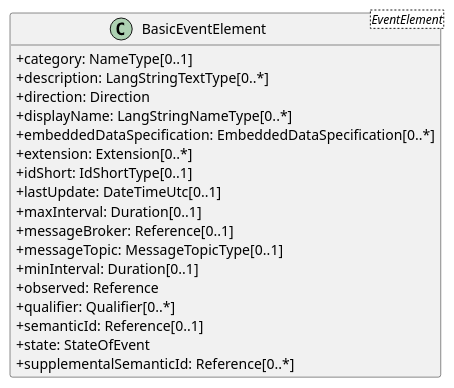
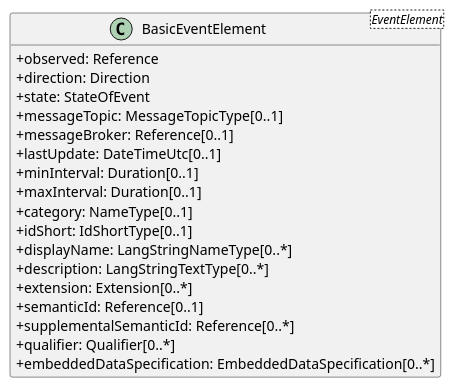
Before and after one commit to zrgt/py2puml: the diagram in output/classes/BasicEventElement.puml, drawn with PlantUML. The commit also changed other lines of this file and 68 other files, not shown here.

```diff
--- a/output/classes/BasicEventElement.puml
+++ b/output/classes/BasicEventElement.puml
@@ -1,24 +1,24 @@
 @startuml
 skinparam classAttributeIconSize 0
 hide methods
 
 class BasicEventElement<EventElement> {
+  +observed: Reference 
+  +direction: Direction 
+  +state: StateOfEvent 
+  +messageTopic: MessageTopicType[0..1] 
+  +messageBroker: Reference[0..1] 
+  +lastUpdate: DateTimeUtc[0..1] 
+  +minInterval: Duration[0..1] 
+  +maxInterval: Duration[0..1] 
   +category: NameType[0..1] 
+  +idShort: IdShortType[0..1] 
+  +displayName: LangStringNameType[0..*] 
   +description: LangStringTextType[0..*] 
-  +direction: Direction 
-  +displayName: LangStringNameType[0..*] 
+  +extension: Extension[0..*] 
+  +semanticId: Reference[0..1] 
+  +supplementalSemanticId: Reference[0..*] 
+  +qualifier: Qualifier[0..*] 
   +embeddedDataSpecification: EmbeddedDataSpecification[0..*] 
-  +extension: Extension[0..*] 
-  +idShort: IdShortType[0..1] 
-  +lastUpdate: DateTimeUtc[0..1] 
-  +maxInterval: Duration[0..1] 
-  +messageBroker: Reference[0..1] 
-  +messageTopic: MessageTopicType[0..1] 
-  +minInterval: Duration[0..1] 
-  +observed: Reference 
-  +qualifier: Qualifier[0..*] 
-  +semanticId: Reference[0..1] 
-  +state: StateOfEvent 
-  +supplementalSemanticId: Reference[0..*] 
 }
 @enduml
```
